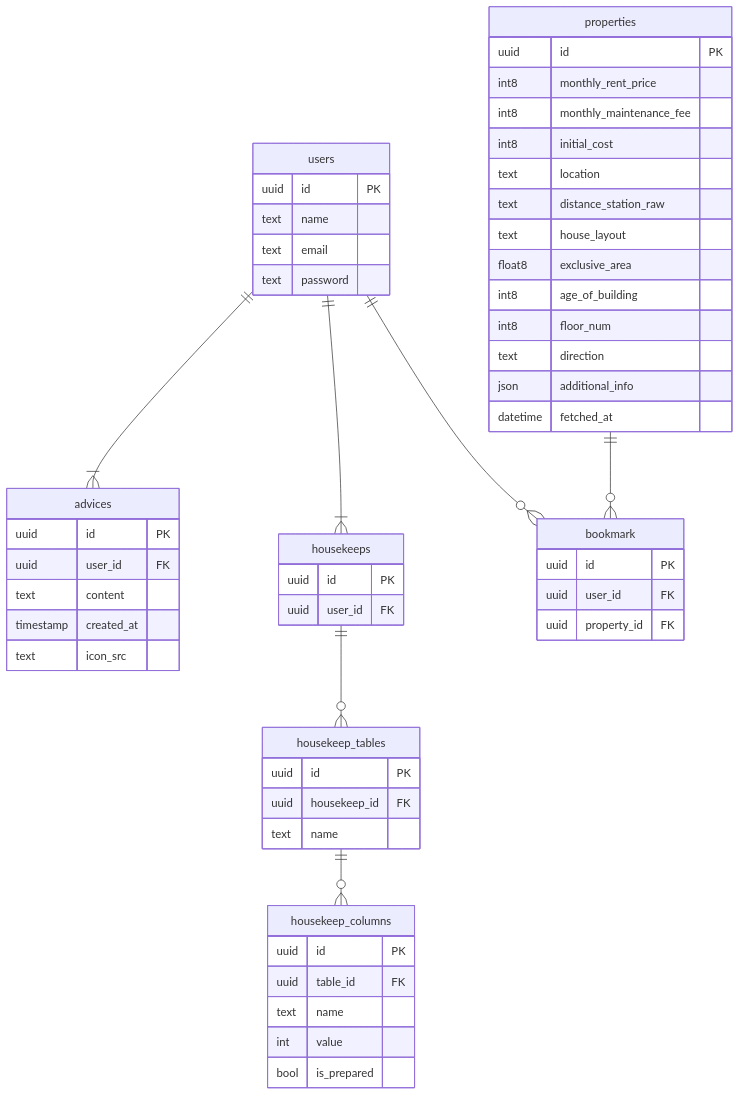
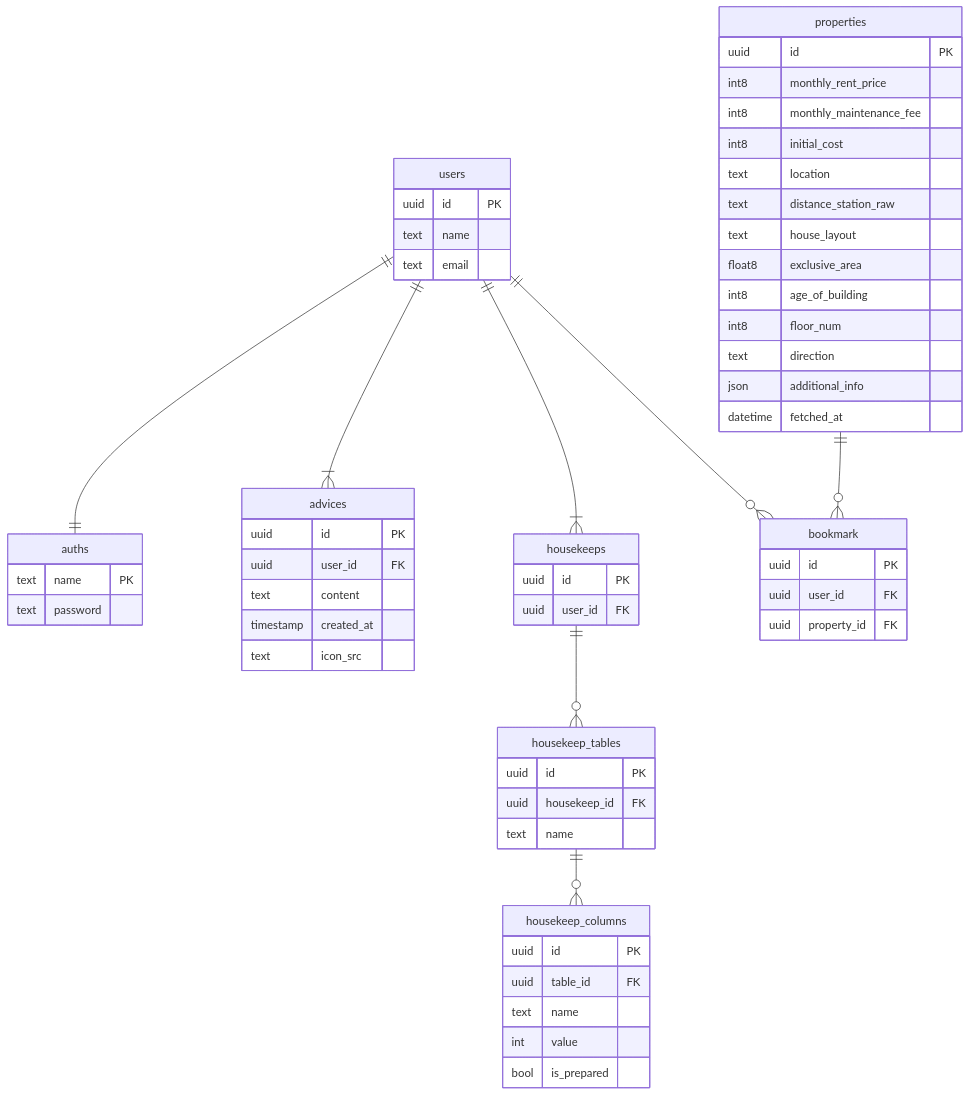
Before and after one commit to project-hikkoshiori/hikkoshiori: the diagram in docs/ER.md, drawn with Mermaid.

Commit message:
er図更新

````diff
--- a/docs/ER.md
+++ b/docs/ER.md
@@ -1,68 +1,73 @@
 ```mermaid
 erDiagram
 
+    users ||--|| auths: ""
     users ||--|{ advices: ""
     users ||--|{ housekeeps: ""
     users ||--o{ bookmark: ""
     housekeeps ||--o{ housekeep_tables: ""
     housekeep_tables ||--o{ housekeep_columns: ""
     properties ||--o{ bookmark: ""
 
+    auths {
+        text name PK
+        text password
+    }
+
     users {
         uuid id PK
         text name
         text email
-        text password
     }
 
     advices {
         uuid id PK
         uuid user_id FK
         text content
         timestamp created_at
         text icon_src
     }
 
     housekeeps {
         uuid id PK
         uuid user_id FK
     }
 
     housekeep_tables {
         uuid id PK
         uuid housekeep_id FK
         text name
     }
 
     housekeep_columns {
         uuid id PK
         uuid table_id FK
         text name
         int value
         bool is_prepared
     }
 
 
     bookmark{
         uuid id PK
         uuid user_id FK
         uuid property_id FK
     }
 
     properties{
         uuid id PK
         int8 monthly_rent_price
         int8 monthly_maintenance_fee
         int8 initial_cost
         text location
         text distance_station_raw
         text house_layout
         float8 exclusive_area
         int8 age_of_building
         int8 floor_num
         text direction
         json additional_info
         datetime fetched_at
     }
 
 ```
````
